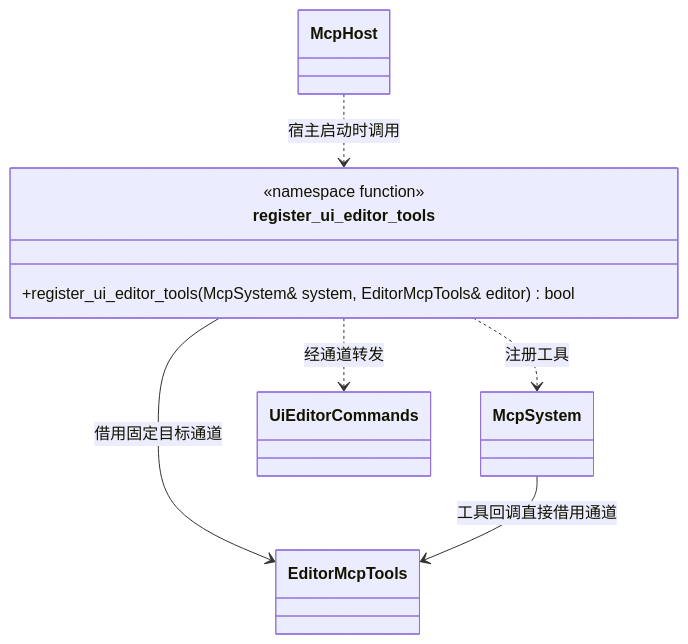
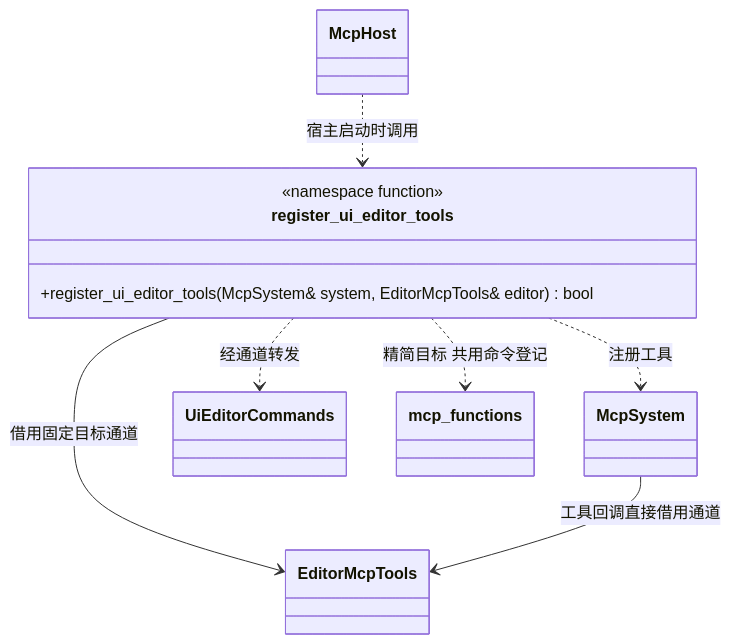
One commit to lcals/Engine changed the third of 7 diagrams in docs/plugins/editor/class-diagrams/ui-editor.md. Above: the diagram before and after it, drawn with Mermaid. The commit also changed other lines of this file and 133 other files, not shown here.

Commit message:
Simplify engine implementations under reviewed class diagrams

````diff
--- a/docs/plugins/editor/class-diagrams/ui-editor.md
+++ b/docs/plugins/editor/class-diagrams/ui-editor.md
@@ -63,16 +63,18 @@
 ```mermaid
 classDiagram
     class register_ui_editor_tools {
         <<namespace function>>
         +register_ui_editor_tools(McpSystem& system, EditorMcpTools& editor) bool
     }
     class McpHost
     class EditorMcpTools
     class McpSystem
     class UiEditorCommands
     McpHost ..> register_ui_editor_tools : 宿主启动时调用
     register_ui_editor_tools --> EditorMcpTools : 借用固定目标通道
     register_ui_editor_tools ..> McpSystem : 注册工具
+    class mcp_functions
+    register_ui_editor_tools ..> mcp_functions : 精简目标 共用命令登记
     McpSystem --> EditorMcpTools : 工具回调直接借用通道
     register_ui_editor_tools ..> UiEditorCommands : 经通道转发
 ```
````
